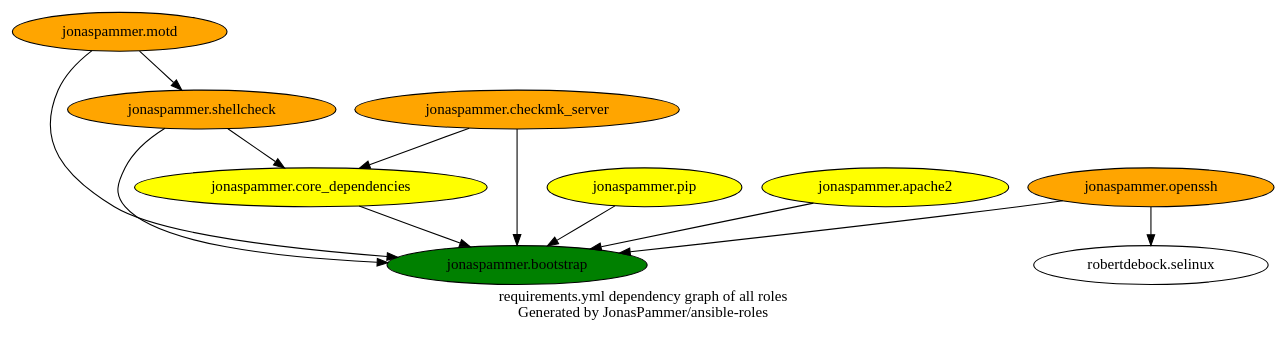
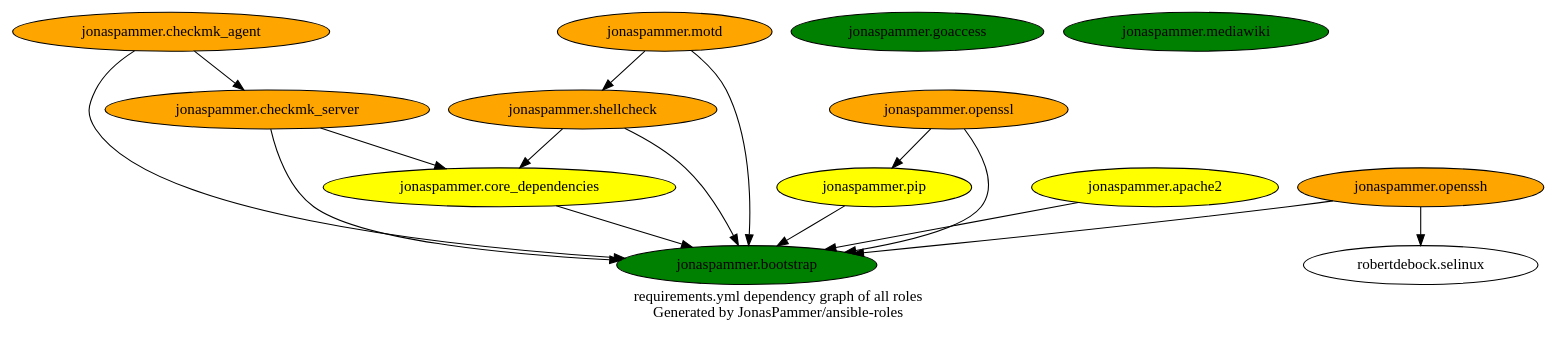
The diagram in graphs/dependencies_ALL.dot (JonasPammer/ansible-roles), drawn with Graphviz before and after one commit. The commit also changed 15 other files, not shown here.

```diff
--- a/graphs/dependencies_ALL.dot
+++ b/graphs/dependencies_ALL.dot
@@ -1,23 +1,29 @@
 digraph hierarchy {
   label = "requirements.yml dependency graph of all roles \n Generated by JonasPammer/ansible-roles" ;
 
   {
+    "jonaspammer.apache2" [fillcolor=yellow style=filled]
     "jonaspammer.bootstrap" [fillcolor=green style=filled]
+    "jonaspammer.checkmk_agent" [fillcolor=orange style=filled]
+    "jonaspammer.checkmk_server" [fillcolor=orange style=filled]
     "jonaspammer.core_dependencies" [fillcolor=yellow style=filled]
+    "jonaspammer.goaccess" [fillcolor=green style=filled]
+    "jonaspammer.mediawiki" [fillcolor=green style=filled]
     "jonaspammer.motd" [fillcolor=orange style=filled]
     "jonaspammer.openssh" [fillcolor=orange style=filled]
+    "jonaspammer.openssl" [fillcolor=orange style=filled]
     "jonaspammer.pip" [fillcolor=yellow style=filled]
     "jonaspammer.shellcheck" [fillcolor=orange style=filled]
-    "jonaspammer.checkmk_server" [fillcolor=orange style=filled]
-    "jonaspammer.apache2" [fillcolor=yellow style=filled]
   }
 
 
+  "jonaspammer.apache2" -> {"jonaspammer.bootstrap"}
+  "jonaspammer.checkmk_agent" -> {"jonaspammer.bootstrap" "jonaspammer.checkmk_server"}
+  "jonaspammer.checkmk_server" -> {"jonaspammer.bootstrap" "jonaspammer.core_dependencies"}
   "jonaspammer.core_dependencies" -> {"jonaspammer.bootstrap"}
   "jonaspammer.motd" -> {"jonaspammer.bootstrap" "jonaspammer.shellcheck"}
   "jonaspammer.openssh" -> {"jonaspammer.bootstrap" "robertdebock.selinux"}
+  "jonaspammer.openssl" -> {"jonaspammer.pip" "jonaspammer.bootstrap"}
   "jonaspammer.pip" -> {"jonaspammer.bootstrap"}
   "jonaspammer.shellcheck" -> {"jonaspammer.bootstrap" "jonaspammer.core_dependencies"}
-  "jonaspammer.checkmk_server" -> {"jonaspammer.bootstrap" "jonaspammer.core_dependencies"}
-  "jonaspammer.apache2" -> {"jonaspammer.bootstrap"}
 }
```
